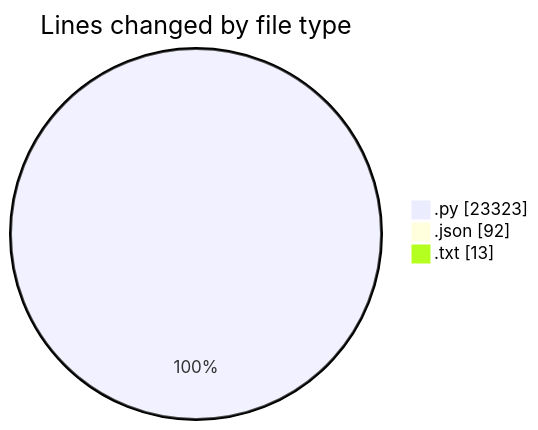
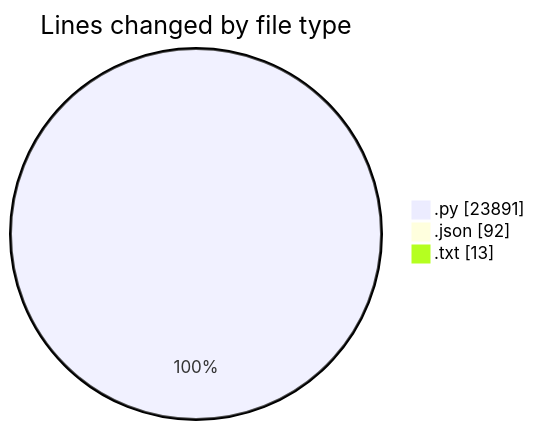
Before and after one commit to jrari/code-tracking: the first of 2 diagrams in 2025-07-13/telebot/README.md, drawn with Mermaid. The commit also changed other lines of this file and 1 other file, not shown here.

````diff
--- a/2025-07-13/telebot/README.md
+++ b/2025-07-13/telebot/README.md
@@ -58,7 +59,7 @@
 ```mermaid
 pie showData
 title Lines changed by file type
-".py" : 23323
+".py" : 23891
 ".json" : 92
 ".txt" : 13
 ```
````
